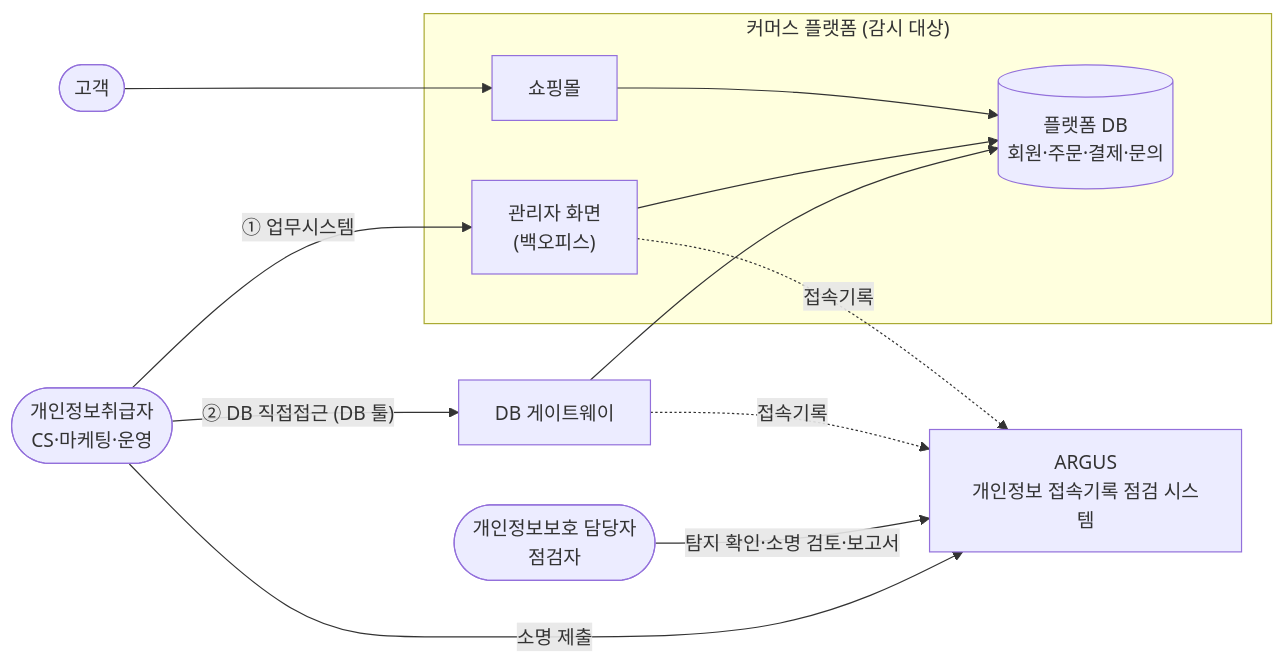
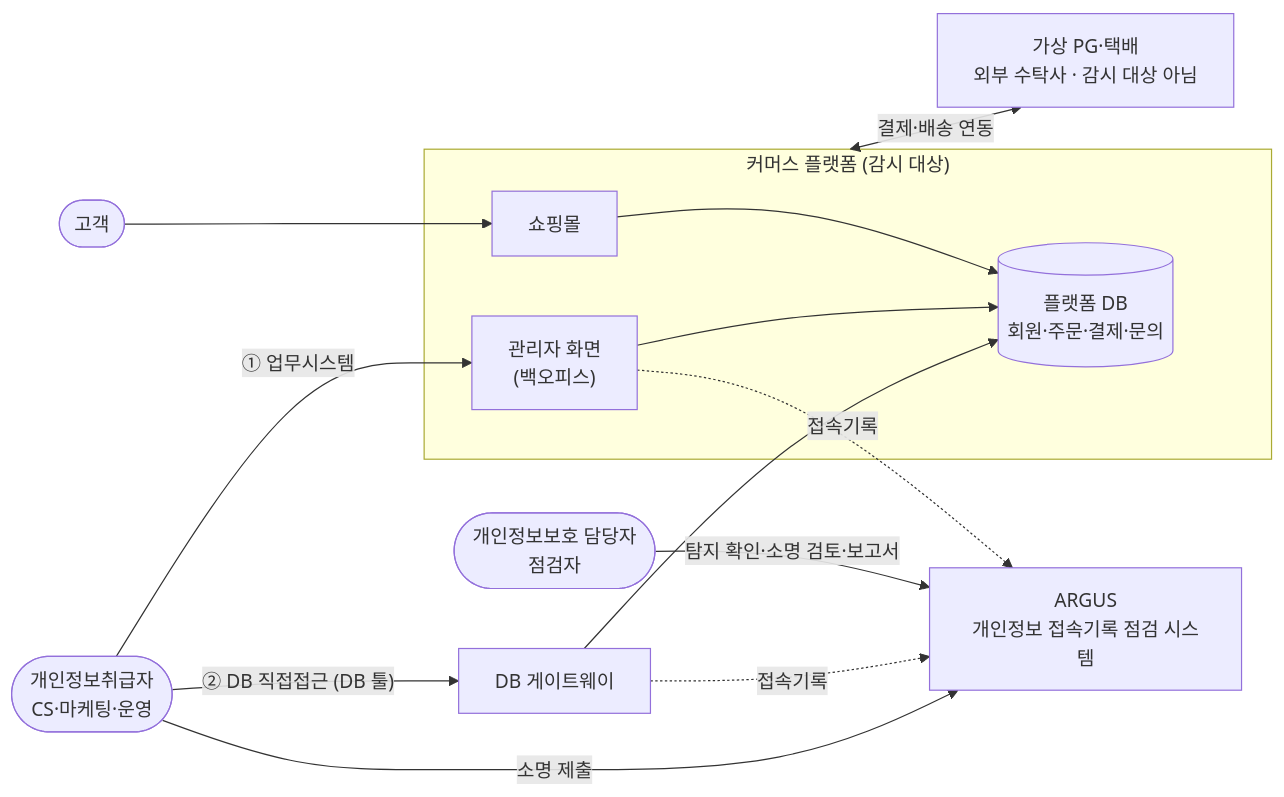
The first of 4 diagrams in README.md (Salgoo26/argus), drawn with Mermaid before and after one commit. The commit also changed other lines of this file and 8 other files, not shown here.

````diff
--- a/README.md
+++ b/README.md
@@ -101,27 +101,29 @@
 ```mermaid
 flowchart LR
     CUST(["고객"]) --> SHOP
     HANDLER(["개인정보취급자<br/>CS·마케팅·운영"])
     OFFICER(["개인정보보호 담당자<br/>점검자"])
 
     subgraph PLATFORM["커머스 플랫폼 (감시 대상)"]
         SHOP["쇼핑몰"]
         ADMIN["관리자 화면<br/>(백오피스)"]
         PDB[("플랫폼 DB<br/>회원·주문·결제·문의")]
         SHOP --> PDB
         ADMIN --> PDB
     end
 
     GW["DB 게이트웨이"]
     ARGUS["ARGUS<br/>개인정보 접속기록 점검 시스템"]
+    PARTNER["가상 PG·택배<br/>외부 수탁사 · 감시 대상 아님"]
 
     HANDLER -->|"① 업무시스템"| ADMIN
     HANDLER -->|"② DB 직접접근 (DB 툴)"| GW
     GW --> PDB
 
+    PLATFORM <-->|"결제·배송 연동"| PARTNER
     ADMIN -.->|"접속기록"| ARGUS
     GW -.->|"접속기록"| ARGUS
 
     OFFICER -->|"탐지 확인·소명 검토·보고서"| ARGUS
     HANDLER -->|"소명 제출"| ARGUS
 ```
````
